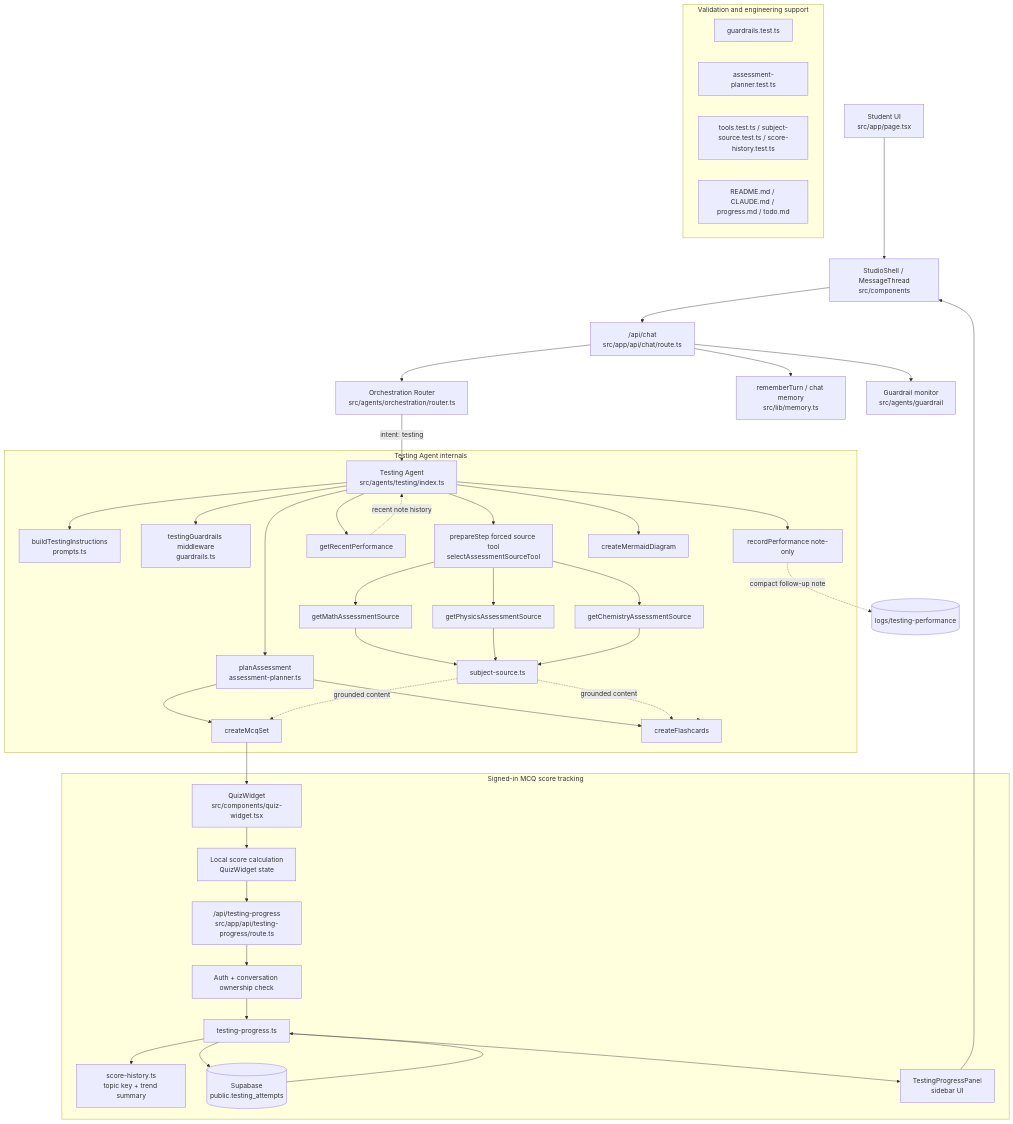
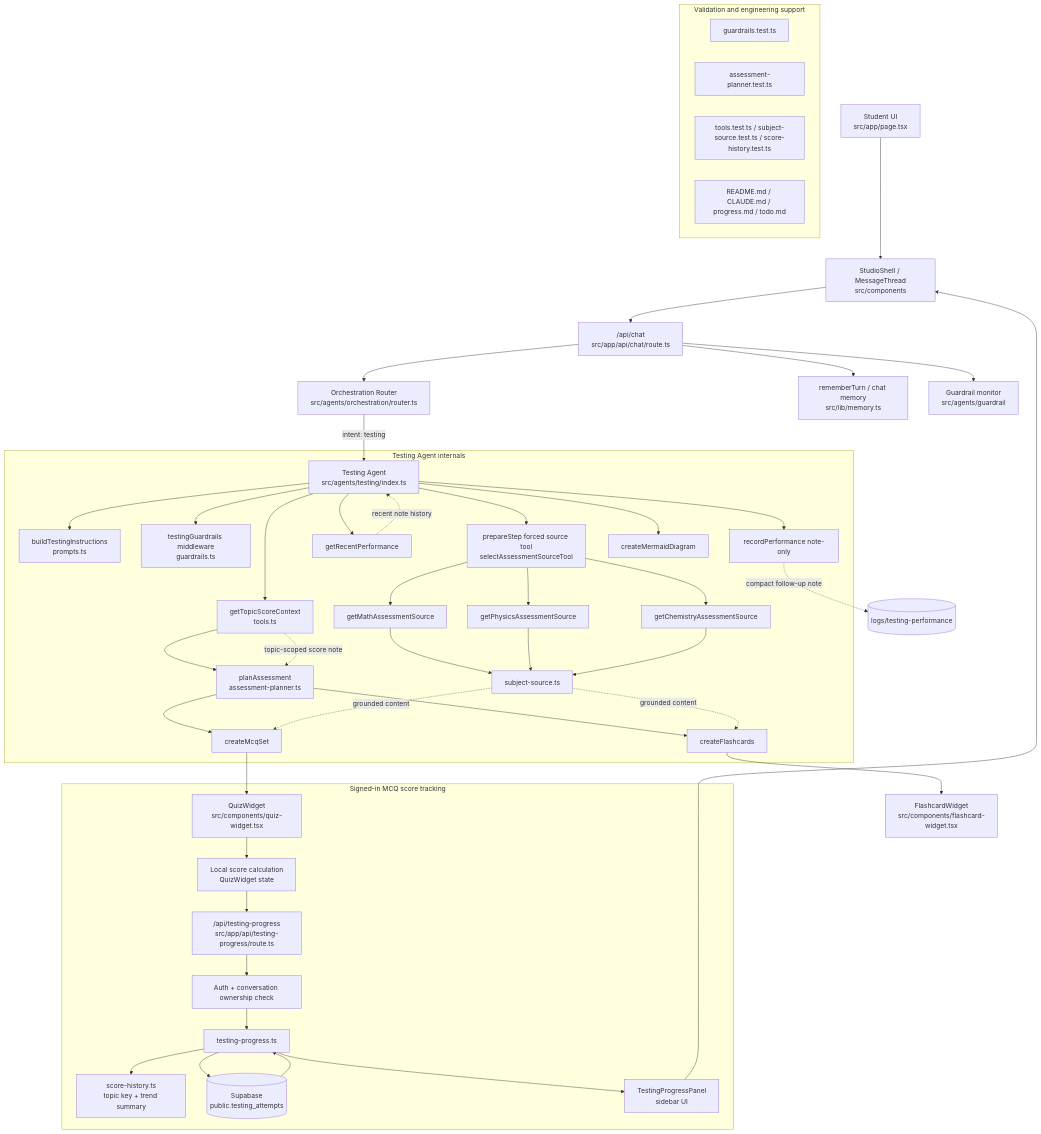
One commit to sritampatnaik/sem4-practice-module changed the diagram in src/agents/testing/architecture.md. Above: the diagram before and after it, drawn with Mermaid. The commit also changed other lines of this file and 6 other files, not shown here.

Commit message:
updated context docs for testing agent

````diff
--- a/src/agents/testing/architecture.md
+++ b/src/agents/testing/architecture.md
@@ -5,59 +5,61 @@
 ```mermaid
 flowchart TD
     A["Student UI<br/>src/app/page.tsx"] --> B["StudioShell / MessageThread<br/>src/components"]
     B --> C["/api/chat<br/>src/app/api/chat/route.ts"]
     C --> D["Orchestration Router<br/>src/agents/orchestration/router.ts"]
     D -->|intent: testing| E["Testing Agent<br/>src/agents/testing/index.ts"]
 
-    subgraph T["Testing Agent internals"]
+    subgraph TestingInternals["Testing Agent internals"]
         E --> F["buildTestingInstructions<br/>prompts.ts"]
         E --> G["testingGuardrails middleware<br/>guardrails.ts"]
         E --> H["prepareStep forced source tool<br/>selectAssessmentSourceTool"]
-        E --> I["planAssessment<br/>assessment-planner.ts"]
+        E --> I["getTopicScoreContext<br/>tools.ts"]
+        I --> J["planAssessment<br/>assessment-planner.ts"]
 
-        H --> J["getMathAssessmentSource"]
-        H --> K["getPhysicsAssessmentSource"]
-        H --> L["getChemistryAssessmentSource"]
+        H --> K["getMathAssessmentSource"]
+        H --> L["getPhysicsAssessmentSource"]
+        H --> M["getChemistryAssessmentSource"]
 
-        J --> M["subject-source.ts"]
-        K --> M
-        L --> M
+        K --> N["subject-source.ts"]
+        L --> N
+        M --> N
 
-        I --> N["createMcqSet"]
-        I --> O["createFlashcards"]
+        J --> O["createMcqSet"]
+        J --> P["createFlashcards"]
 
-        E --> P["getRecentPerformance"]
-        E --> Q["recordPerformance note-only"]
-        E --> R["createMermaidDiagram"]
+        E --> Q["getRecentPerformance"]
+        E --> R["recordPerformance note-only"]
+        E --> S["createMermaidDiagram"]
     end
 
-    N --> S["QuizWidget<br/>src/components/quiz-widget.tsx"]
-    O --> T["FlashcardWidget<br/>src/components/flashcard-widget.tsx"]
+    O --> T["QuizWidget<br/>src/components/quiz-widget.tsx"]
+    P --> U["FlashcardWidget<br/>src/components/flashcard-widget.tsx"]
 
     subgraph ScoreTracking["Signed-in MCQ score tracking"]
-        S --> U["Local score calculation<br/>QuizWidget state"]
-        U --> V["/api/testing-progress<br/>src/app/api/testing-progress/route.ts"]
-        V --> W["Auth + conversation ownership check"]
-        W --> X["testing-progress.ts"]
-        X --> Y["score-history.ts<br/>topic key + trend summary"]
-        X --> Z[("Supabase<br/>public.testing_attempts")]
-        Z --> X
-        X --> AA["TestingProgressPanel<br/>sidebar UI"]
+        T --> V["Local score calculation<br/>QuizWidget state"]
+        V --> W["/api/testing-progress<br/>src/app/api/testing-progress/route.ts"]
+        W --> X["Auth + conversation ownership check"]
+        X --> Y["testing-progress.ts"]
+        Y --> Z["score-history.ts<br/>topic key + trend summary"]
+        Y --> AA[("Supabase<br/>public.testing_attempts")]
+        AA --> Y
+        Y --> AB["TestingProgressPanel<br/>sidebar UI"]
     end
 
-    C --> AB["rememberTurn / chat memory<br/>src/lib/memory.ts"]
-    C --> AC["Guardrail monitor<br/>src/agents/guardrail"]
+    C --> AC["rememberTurn / chat memory<br/>src/lib/memory.ts"]
+    C --> AD["Guardrail monitor<br/>src/agents/guardrail"]
 
     subgraph ValidationAndDocs["Validation and engineering support"]
-        AD["guardrails.test.ts"]
-        AE["assessment-planner.test.ts"]
-        AF["tools.test.ts / subject-source.test.ts / score-history.test.ts"]
-        AG["README.md / CLAUDE.md / progress.md / todo.md"]
+        AE["guardrails.test.ts"]
+        AF["assessment-planner.test.ts"]
+        AG["tools.test.ts / subject-source.test.ts / score-history.test.ts"]
+        AH["README.md / CLAUDE.md / progress.md / todo.md"]
     end
 
-    M -.->|grounded content| N
-    M -.->|grounded content| O
-    P -.->|recent note history| E
-    Q -.->|compact follow-up note| AH[("logs/testing-performance")]
-    AA --> B
+    N -.->|grounded content| O
+    N -.->|grounded content| P
+    I -.->|topic-scoped score note| J
+    Q -.->|recent note history| E
+    R -.->|compact follow-up note| AI[("logs/testing-performance")]
+    AB --> B
 ```
````
